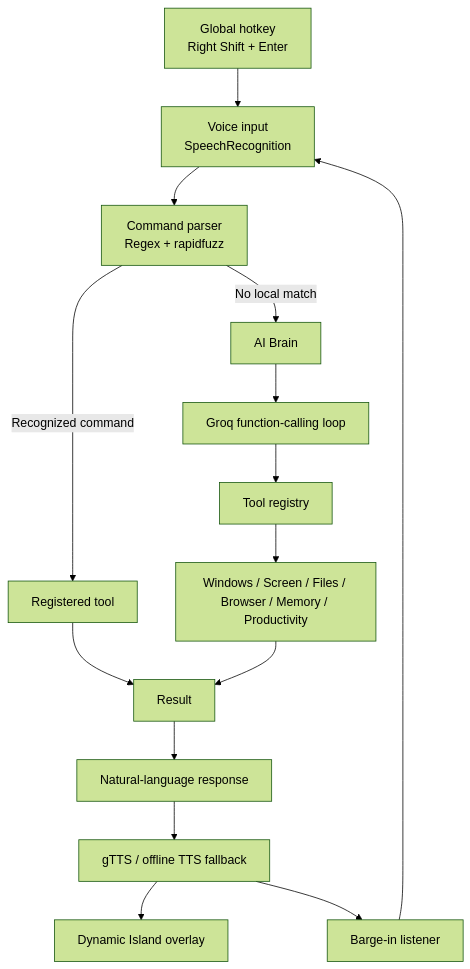
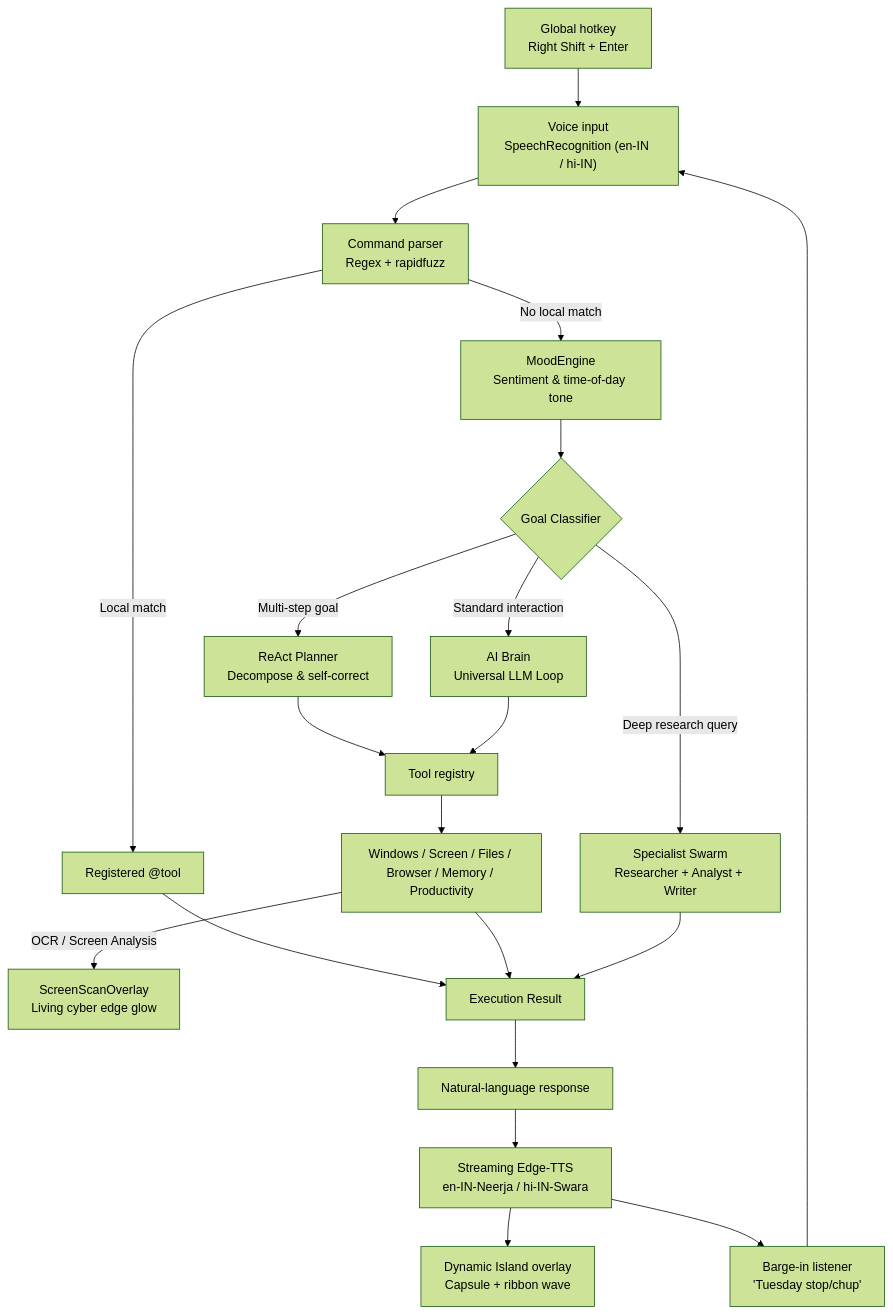
The diagram in README.md (iabhnv19/T.U.E.S.D.A.Y), drawn with Mermaid (forest theme) before and after one commit. The commit also changed other lines of this file and 1 other file, not shown here.

Commit message:
docs: update README and TUESDAY_INDEX for planner, swarm, ambient, mood, and cyber scan overlay

````diff
--- a/README.md
+++ b/README.md
@@ -258,17 +310,23 @@
 ```mermaid
 flowchart TD
-    A["Global hotkey<br/>Right Shift + Enter"] --> B["Voice input<br/>SpeechRecognition"]
+    A["Global hotkey<br/>Right Shift + Enter"] --> B["Voice input<br/>SpeechRecognition (en-IN / hi-IN)"]
     B --> C["Command parser<br/>Regex + rapidfuzz"]
-    C -->|Recognized command| D["Registered tool"]
-    C -->|No local match| E["AI Brain"]
-    E --> F["Groq function-calling loop"]
-    F --> G["Tool registry"]
+    C -->|Local match| D["Registered @tool"]
+    C -->|No local match| M_ENG["MoodEngine<br/>Sentiment & time-of-day tone"]
+    M_ENG --> ROUTE{"Goal Classifier"}
+    ROUTE -->|Multi-step goal| PLAN["ReAct Planner<br/>Decompose & self-correct"]
+    ROUTE -->|Deep research query| SWARM["Specialist Swarm<br/>Researcher + Analyst + Writer"]
+    ROUTE -->|Standard interaction| BRAIN["AI Brain<br/>Universal LLM Loop"]
+    PLAN --> G["Tool registry"]
+    BRAIN --> G
     G --> H["Windows / Screen / Files / Browser / Memory / Productivity"]
-    D --> I["Result"]
+    H -->|OCR / Screen Analysis| SCAN["ScreenScanOverlay<br/>Living cyber edge glow"]
+    D --> I["Execution Result"]
     H --> I
+    SWARM --> I
     I --> J["Natural-language response"]
-    J --> K["gTTS / offline TTS fallback"]
-    K --> L["Dynamic Island overlay"]
-    K --> M["Barge-in listener"]
+    J --> K["Streaming Edge-TTS<br/>en-IN-Neerja / hi-IN-Swara"]
+    K --> L["Dynamic Island overlay<br/>Capsule + ribbon wave"]
+    K --> M["Barge-in listener<br/>'Tuesday stop/chup'"]
     M --> B
 ```
````
